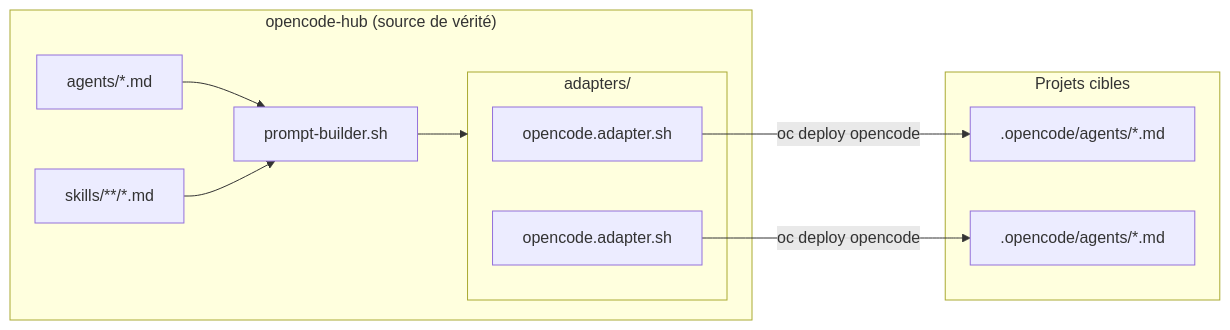
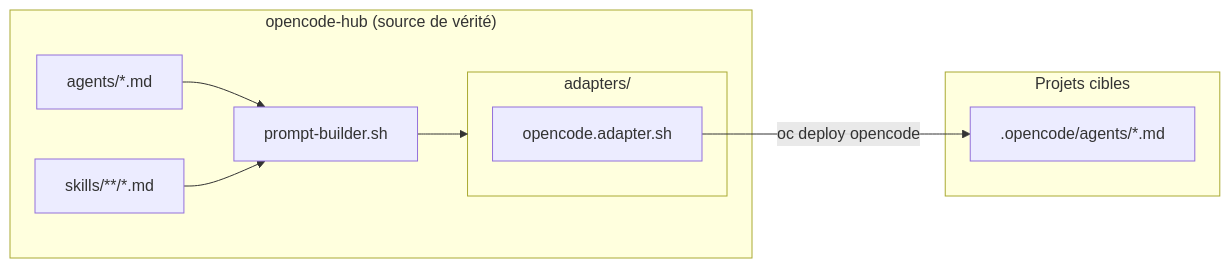
The first of 3 diagrams in docs/architecture/overview.fr.md (datichb/openhub), drawn with Mermaid before and after one commit. The commit also changed other lines of this file and 15 other files, not shown here.

````diff
--- a/docs/architecture/overview.fr.md
+++ b/docs/architecture/overview.fr.md
@@ -46,17 +46,15 @@
 ```mermaid
 flowchart LR
     subgraph HUB["opencode-hub (source de vérité)"]
         A[agents/*.md] --> PB[prompt-builder.sh]
         S[skills/**/*.md] --> PB
         PB --> ADP
         subgraph ADP["adapters/"]
             OC[opencode.adapter.sh]
-            CC[opencode.adapter.sh]
         end
     end
 
     subgraph PROJETS["Projets cibles"]
         OC -->|oc deploy opencode| P1[".opencode/agents/*.md"]
-        CC -->|oc deploy opencode| P2[".opencode/agents/*.md"]
     end
 ```
````
